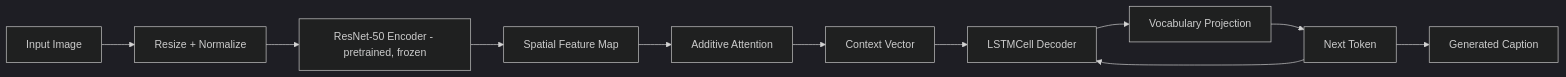
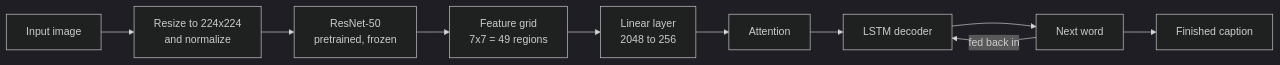
The first of 3 diagrams in README.md (dhruvlad1/Visual-Semantic-Encoder), drawn with Mermaid (dark theme) before and after one commit. The commit also changed other lines of this file, not shown here.

````diff
--- a/README.md
+++ b/README.md
@@ -460,13 +76,12 @@
 ```mermaid
 flowchart LR
-    A[Input Image] --> B[Resize + Normalize]
-    B --> C[ResNet-50 Encoder - pretrained, frozen]
-    C --> D[Spatial Feature Map]
-    D --> E[Additive Attention]
-    E --> F[Context Vector]
-    F --> G[LSTMCell Decoder]
-    G --> H[Vocabulary Projection]
-    H --> I[Next Token]
-    I --> G
-    I --> J[Generated Caption]
+    A[Input image] --> B["Resize to 224x224<br/>and normalize"]
+    B --> C["ResNet-50<br/>pretrained, frozen"]
+    C --> D["Feature grid<br/>7x7 = 49 regions"]
+    D --> E["Linear layer<br/>2048 to 256"]
+    E --> F[Attention]
+    F --> G[LSTM decoder]
+    G --> H[Next word]
+    H -->|fed back in| G
+    H --> I[Finished caption]
 ```
````
